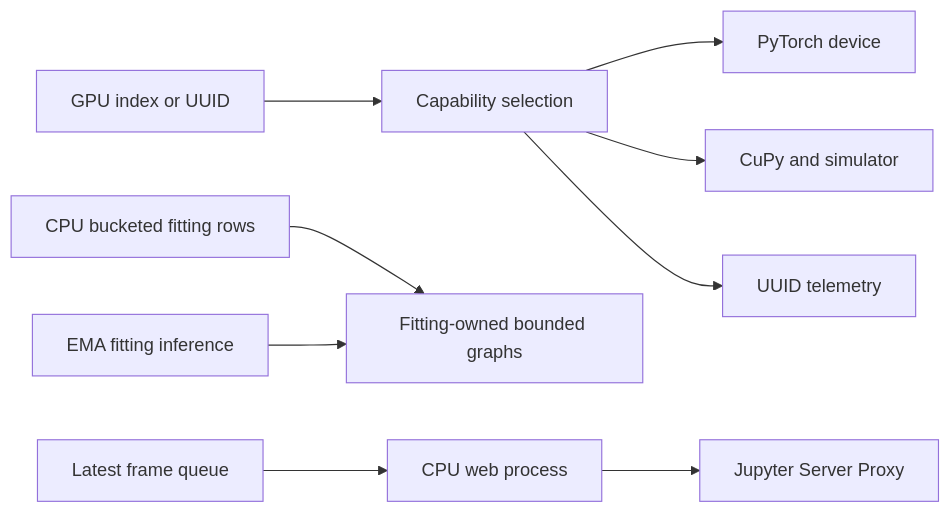
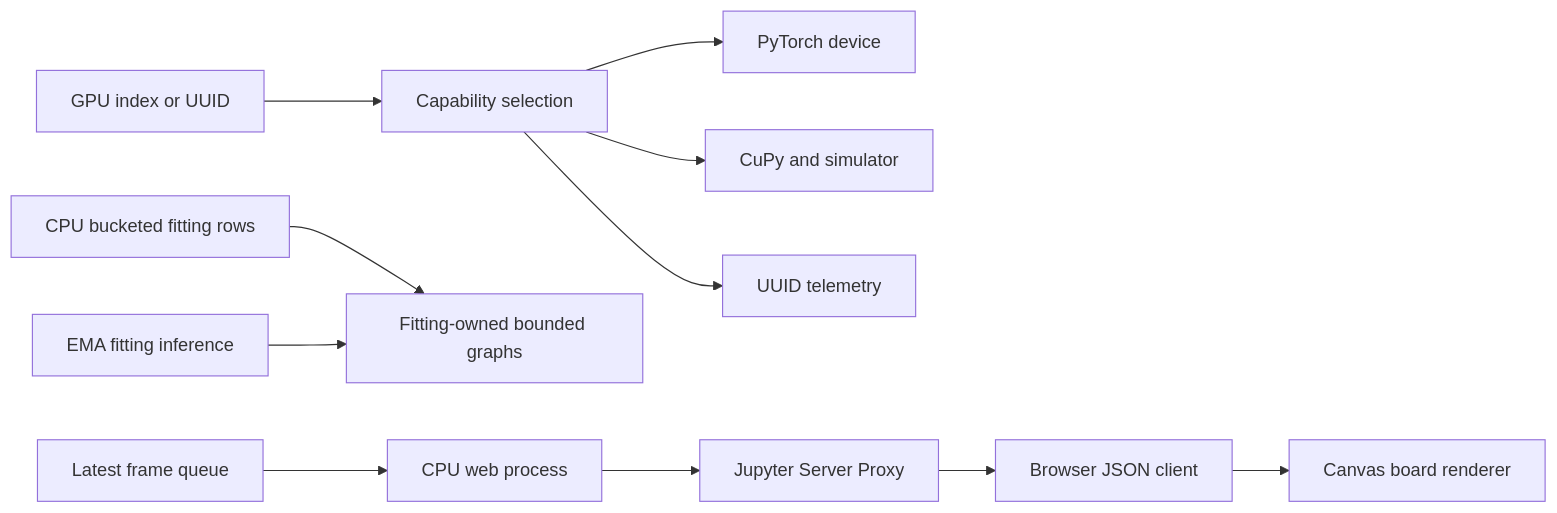
Before and after one commit to Comb1e/RL-Pvz: the fifth of 5 diagrams in docs/architecture.md, drawn with Mermaid. The commit also changed other lines of this file and 10 other files, not shown here.

First line of the commit message:
feat(viewer): render live JSON snapshots in browser

````diff
--- a/docs/architecture.md
+++ b/docs/architecture.md
@@ -162,11 +162,13 @@
 ```mermaid
 flowchart LR
   CLI[GPU index or UUID] --> Select[Capability selection]
   Select --> Torch[PyTorch device]
   Select --> CuPy[CuPy and simulator]
   Select --> Telemetry[UUID telemetry]
   Fit[CPU bucketed fitting rows] --> Graph[Fitting-owned bounded graphs]
   EMA[EMA fitting inference] --> Graph
   Frames[Latest frame queue] --> Web[CPU web process]
   Web --> Proxy[Jupyter Server Proxy]
+  Proxy --> Browser[Browser JSON client]
+  Browser --> Canvas[Canvas board renderer]
 ```
````
